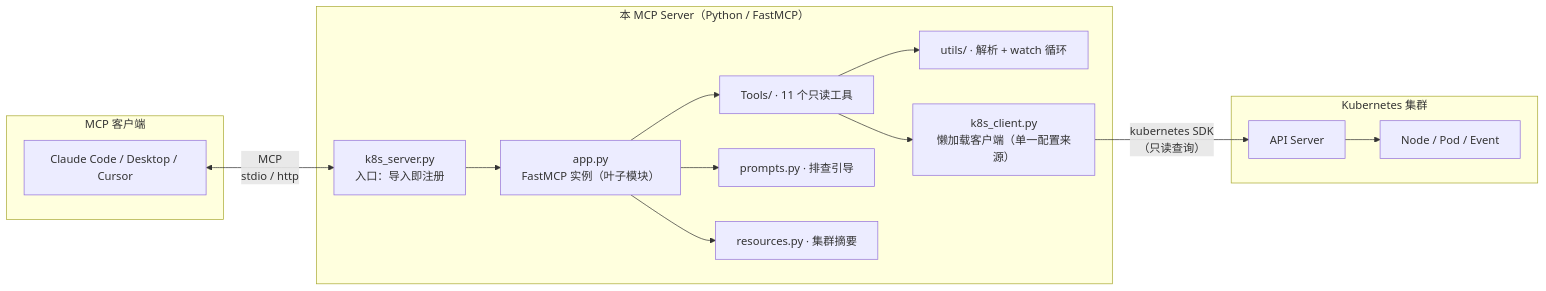
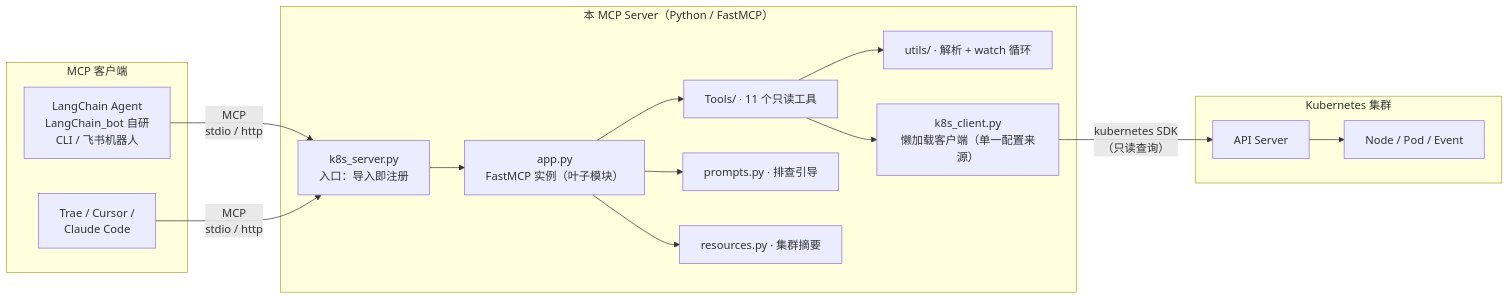
The diagram in README.md (zj-hub-coder/k8s-mcp-server), drawn with Mermaid before and after one commit. The commit also changed other lines of this file and 1 other file, not shown here.

Commit message:
README 补充项目演示，更新架构图

````diff
--- a/README.md
+++ b/README.md
@@ -29,31 +49,33 @@
 ```mermaid
 flowchart LR
-    subgraph Client["MCP 客户端"]
-        LLM["Claude Code / Desktop / Cursor"]
+    subgraph Clients["MCP 客户端"]
+        Agent["LangChain Agent<br/>LangChain_bot 自研<br/>CLI / 飞书机器人"]
+        IDE["Trae / Cursor /<br/>Claude Code"]
     end
 
     subgraph Server["本 MCP Server（Python / FastMCP）"]
         Entry["k8s_server.py<br/>入口：导入即注册"]
         App["app.py<br/>FastMCP 实例（叶子模块）"]
         Tools["Tools/ · 11 个只读工具"]
         Prompts["prompts.py · 排查引导"]
         Resources["resources.py · 集群摘要"]
         Utils["utils/ · 解析 + watch 循环"]
         KC["k8s_client.py<br/>懒加载客户端（单一配置来源）"]
     end
 
     subgraph Cluster["Kubernetes 集群"]
         API["API Server"]
         Obj["Node / Pod / Event"]
     end
 
-    LLM <-->|"MCP<br/>stdio / http"| Entry
+    Agent -->|"MCP<br/>stdio / http"| Entry
+    IDE -->|"MCP<br/>stdio / http"| Entry
     Entry --> App
     App --> Tools
     App --> Prompts
     App --> Resources
     Tools --> Utils
     Tools --> KC
     KC -->|"kubernetes SDK<br/>（只读查询）"| API
     API --> Obj
 ```
````
